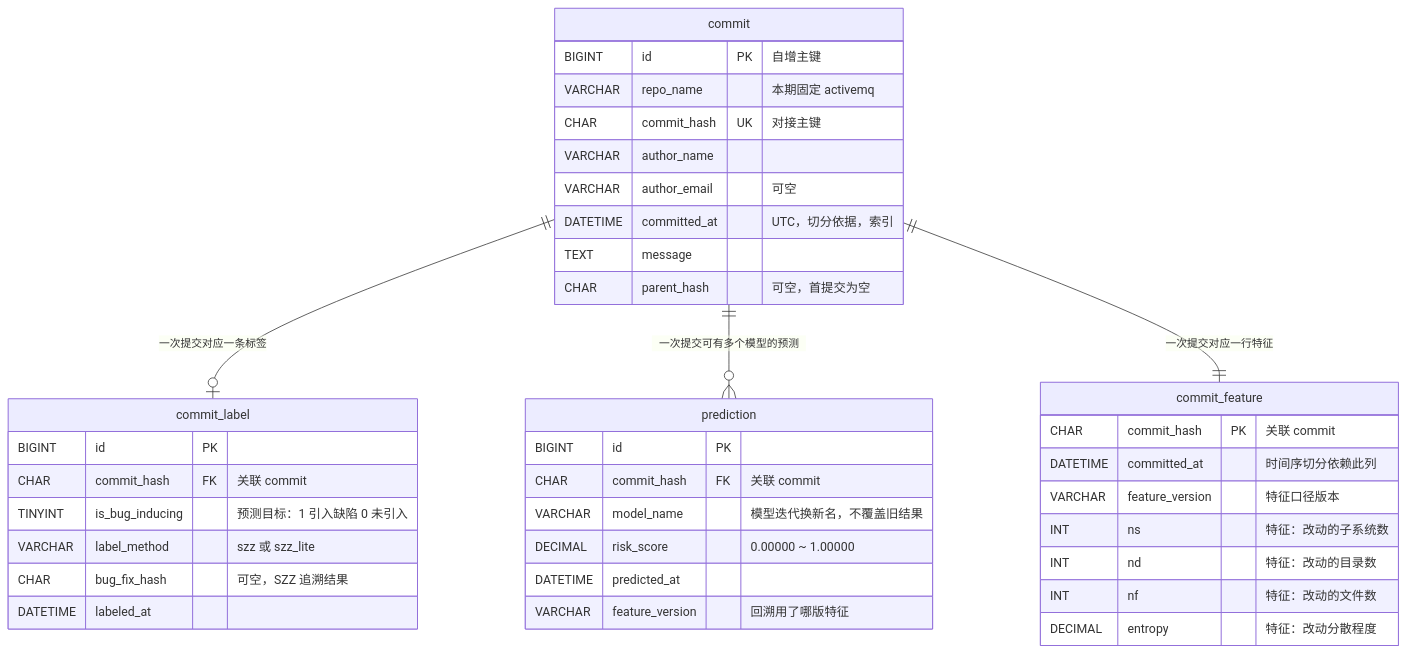
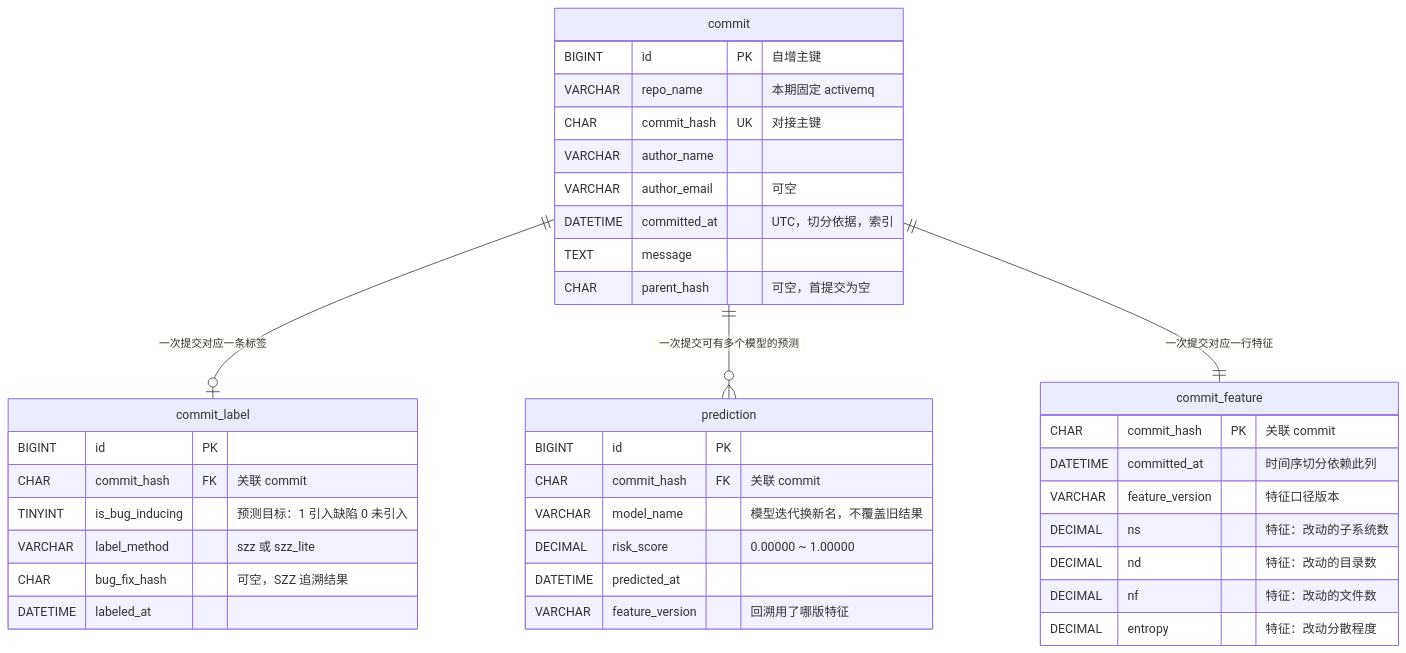
The diagram in docs/contracts/data-fields.md (heapcluster/jit-defect-prediction), drawn with Mermaid before and after one commit. The commit also changed other lines of this file and 5 other files, not shown here.

````diff
--- a/docs/contracts/data-fields.md
+++ b/docs/contracts/data-fields.md
@@ -70,45 +70,45 @@
 ```mermaid
 erDiagram
     commit ||--o| commit_label : "一次提交对应一条标签"
     commit ||--o{ prediction : "一次提交可有多个模型的预测"
     commit ||--|| commit_feature : "一次提交对应一行特征"
 
     commit {
         BIGINT id PK "自增主键"
         VARCHAR repo_name "本期固定 activemq"
         CHAR commit_hash UK "对接主键"
         VARCHAR author_name
         VARCHAR author_email "可空"
         DATETIME committed_at "UTC，切分依据，索引"
         TEXT message
         CHAR parent_hash "可空，首提交为空"
     }
 
     commit_label {
         BIGINT id PK
         CHAR commit_hash FK "关联 commit"
         TINYINT is_bug_inducing "预测目标：1 引入缺陷 0 未引入"
         VARCHAR label_method "szz 或 szz_lite"
         CHAR bug_fix_hash "可空，SZZ 追溯结果"
         DATETIME labeled_at
     }
 
     prediction {
         BIGINT id PK
         CHAR commit_hash FK "关联 commit"
         VARCHAR model_name "模型迭代换新名，不覆盖旧结果"
         DECIMAL risk_score "0.00000 ~ 1.00000"
         DATETIME predicted_at
         VARCHAR feature_version "回溯用了哪版特征"
     }
 
     commit_feature {
         CHAR commit_hash PK "关联 commit"
         DATETIME committed_at "时间序切分依赖此列"
         VARCHAR feature_version "特征口径版本"
-        INT ns "特征：改动的子系统数"
-        INT nd "特征：改动的目录数"
-        INT nf "特征：改动的文件数"
+        DECIMAL ns "特征：改动的子系统数"
+        DECIMAL nd "特征：改动的目录数"
+        DECIMAL nf "特征：改动的文件数"
         DECIMAL entropy "特征：改动分散程度"
     }
 ```
````
